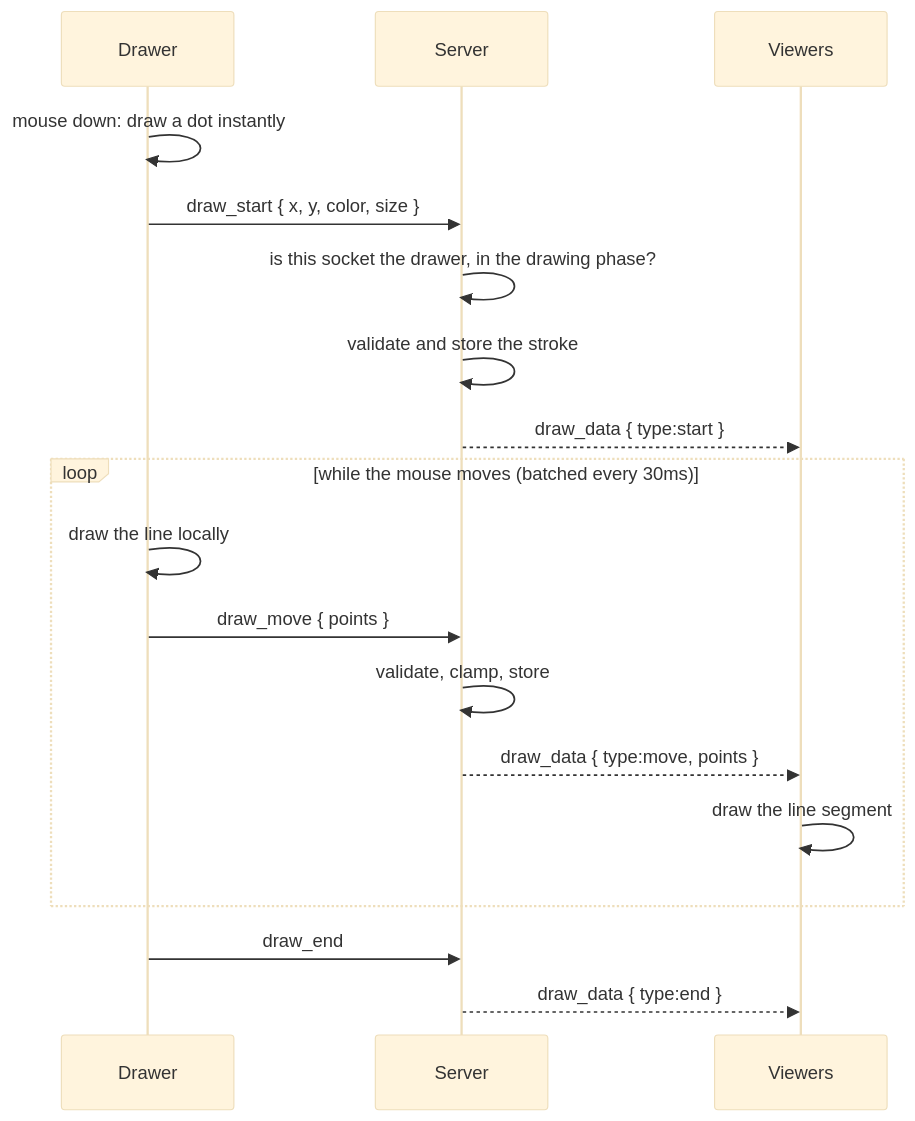
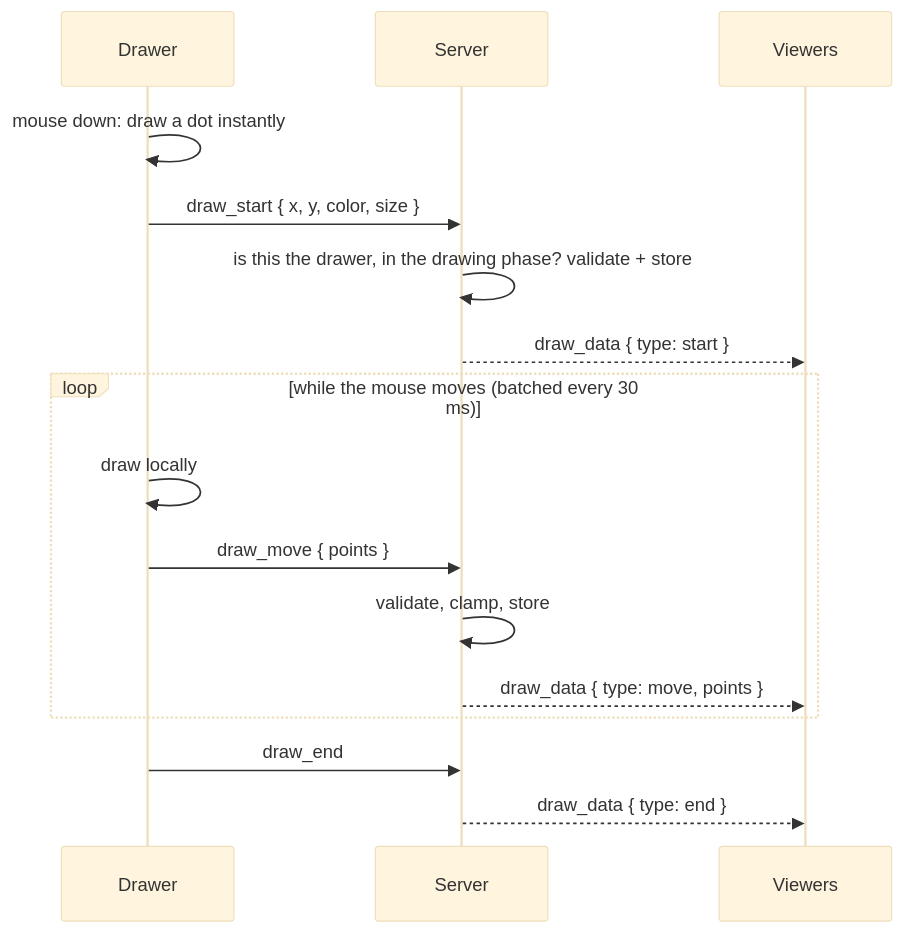
The sixth of 8 diagrams in README.md (ritik-2407/Skribbl), drawn with Mermaid (base theme) before and after one commit. The commit also changed other lines of this file and 17 other files, not shown here.

````diff
--- a/README.md
+++ b/README.md
@@ -573,21 +334,18 @@
 ```mermaid
 sequenceDiagram
     participant D as Drawer
     participant S as Server
     participant V as Viewers
-
     D->>D: mouse down: draw a dot instantly
     D->>S: draw_start { x, y, color, size }
-    S->>S: is this socket the drawer, in the drawing phase?
-    S->>S: validate and store the stroke
-    S-->>V: draw_data { type:start }
-    loop while the mouse moves (batched every 30ms)
-        D->>D: draw the line locally
+    S->>S: is this the drawer, in the drawing phase? validate + store
+    S-->>V: draw_data { type: start }
+    loop while the mouse moves (batched every 30 ms)
+        D->>D: draw locally
         D->>S: draw_move { points }
         S->>S: validate, clamp, store
-        S-->>V: draw_data { type:move, points }
-        V->>V: draw the line segment
+        S-->>V: draw_data { type: move, points }
     end
     D->>S: draw_end
-    S-->>V: draw_data { type:end }
+    S-->>V: draw_data { type: end }
 ```
````
